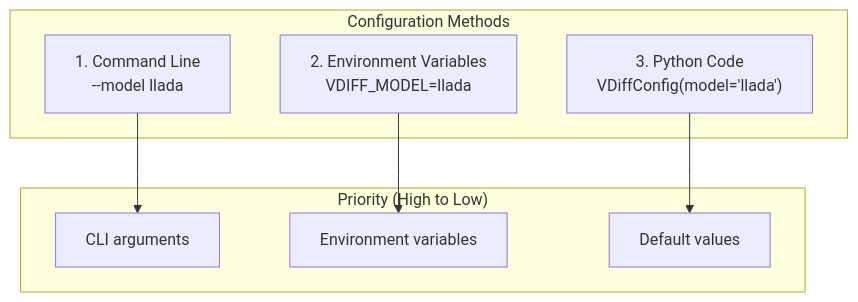
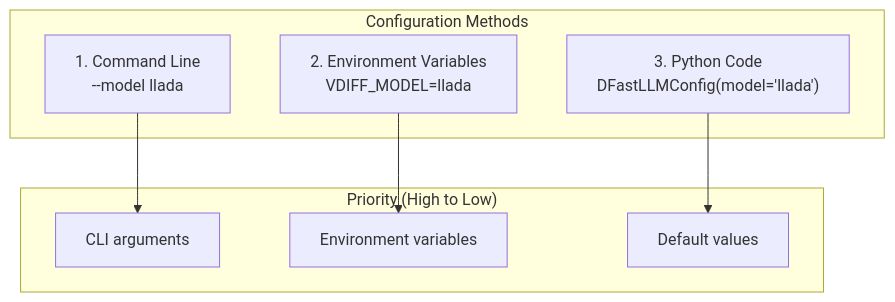
Before and after one commit to mwaykole/vdiff: the first of 10 diagrams in docs/dev-doc/08-config.md, drawn with Mermaid. The commit also changed other lines of this file and 53 other files, not shown here.

````diff
--- a/docs/dev-doc/08-config.md
+++ b/docs/dev-doc/08-config.md
@@ -9,18 +9,18 @@
 ```mermaid
 flowchart TB
     subgraph Methods["Configuration Methods"]
         CLI["1. Command Line<br/>--model llada"]
         ENV["2. Environment Variables<br/>VDIFF_MODEL=llada"]
-        CODE["3. Python Code<br/>VDiffConfig(model='llada')"]
+        CODE["3. Python Code<br/>DFastLLMConfig(model='llada')"]
     end
     
     subgraph Priority["Priority (High to Low)"]
         P1["CLI arguments"]
         P2["Environment variables"]
         P3["Default values"]
     end
     
     CLI --> P1
     ENV --> P2
     CODE --> P3
 ```
````
